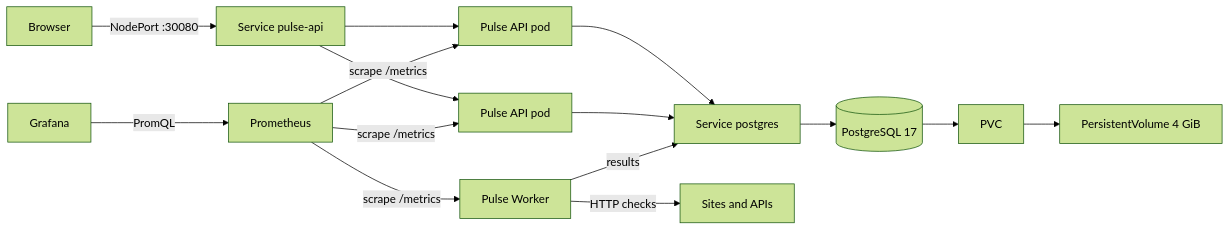
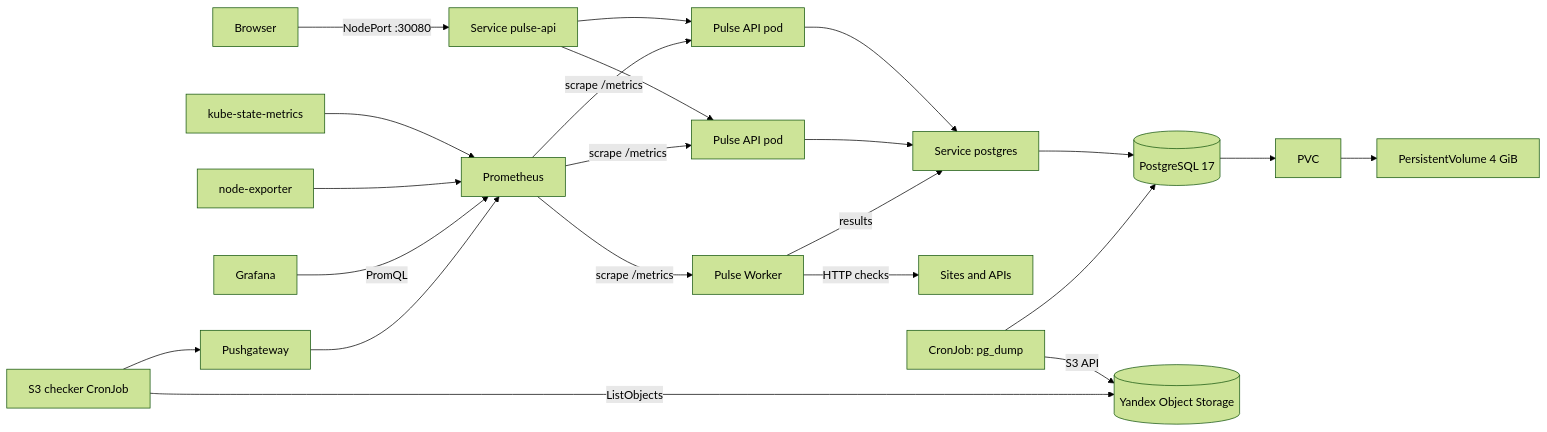
Before and after one commit to deathormore/pulse-k0s: the diagram in README.md, drawn with Mermaid (forest theme). The commit also changed other lines of this file and 8 other files, not shown here.

````diff
--- a/README.md
+++ b/README.md
@@ -30,17 +32,24 @@
 ```mermaid
 flowchart LR
     Browser[Browser] -->|NodePort :30080| Service[Service pulse-api]
     Service --> API1[Pulse API pod]
     Service --> API2[Pulse API pod]
     API1 --> PGService[Service postgres]
     API2 --> PGService
     Worker[Pulse Worker] -->|HTTP checks| Targets[Sites and APIs]
     Worker -->|results| PGService
     PGService --> PostgreSQL[(PostgreSQL 17)]
     PostgreSQL --> PVC[PVC]
     PVC --> PV[PersistentVolume 4 GiB]
     Prometheus -->|scrape /metrics| API1
     Prometheus -->|scrape /metrics| API2
     Prometheus -->|scrape /metrics| Worker
+    KSM[kube-state-metrics] --> Prometheus
+    NodeExporter[node-exporter] --> Prometheus
     Grafana -->|PromQL| Prometheus
+    Backup[CronJob: pg_dump] --> PostgreSQL
+    Backup -->|S3 API| ObjectStorage[(Yandex Object Storage)]
+    S3Checker[S3 checker CronJob] -->|ListObjects| ObjectStorage
+    S3Checker --> Pushgateway
+    Pushgateway --> Prometheus
 ```
````
